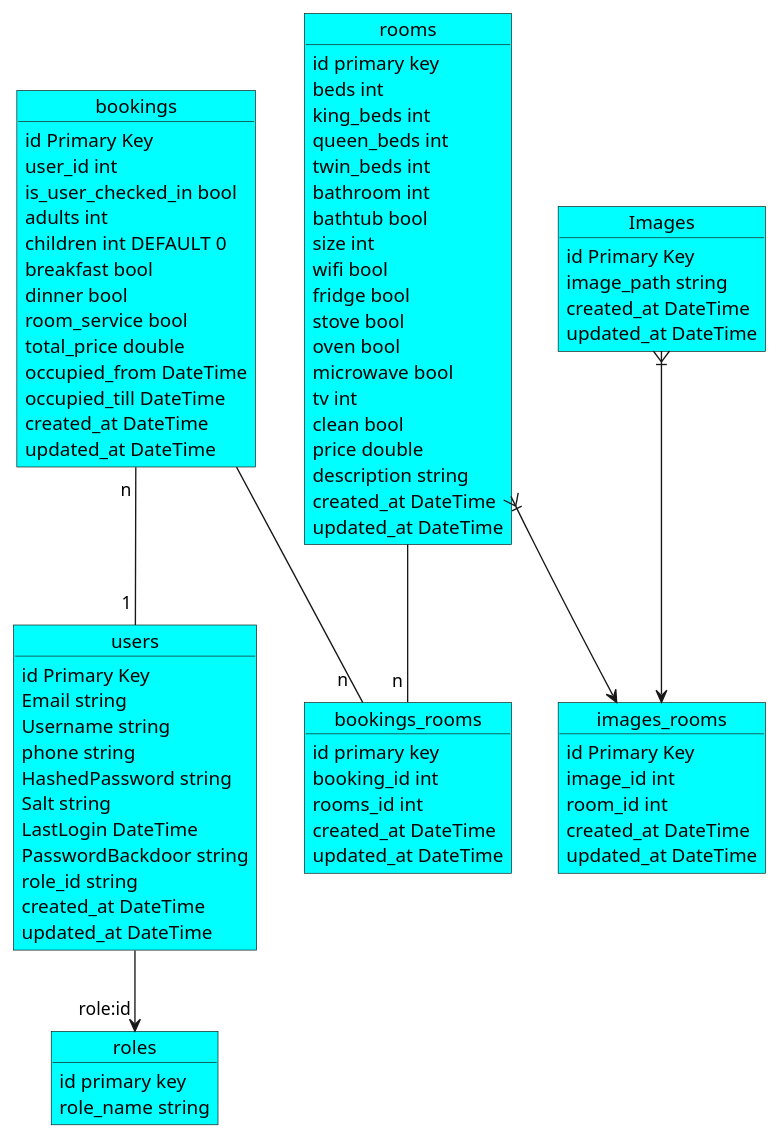
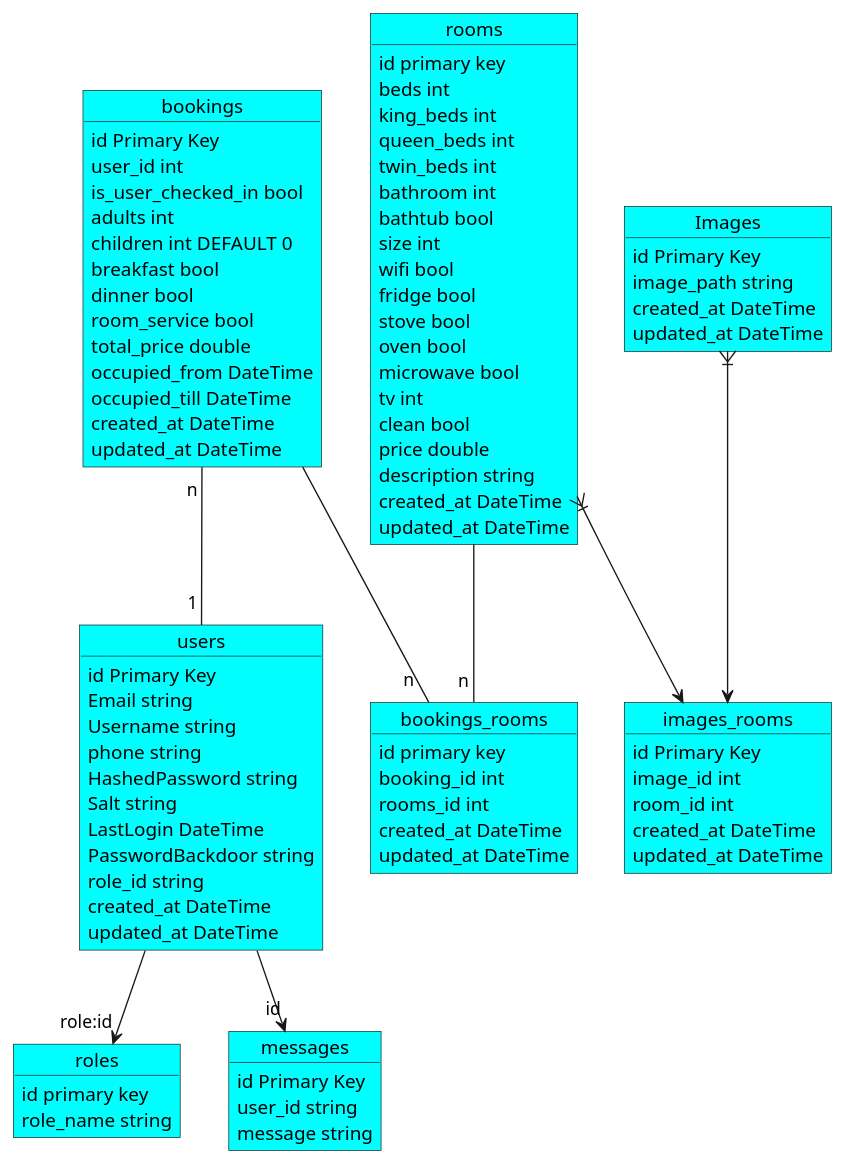
Before and after one commit to Mercantec-GHC/h2-projekt-h2-2025-gruppe-2: the diagram in API/Docs/DbDiagram.puml, drawn with PlantUML. The commit also changed 8 other files, not shown here.

```diff
--- a/API/Docs/DbDiagram.puml
+++ b/API/Docs/DbDiagram.puml
@@ -1,105 +1,111 @@
 @startuml
 'https://plantuml.com/sequence-diagram
 
 skinparam class{
     BackgroundColor LightGreen
 }
 
 skinparam object{
     BackgroundColor Cyan
 }
 
 skinparam json{
     BackgroundColor LightGreen
 }
 
 object roles {
 	id primary key
 	role_name string
 }
 
+object messages {
+	id Primary Key
+	user_id string
+	message string
+}
 
 object users {
 	id Primary Key
 	Email string
 	Username string
 	phone string
 	HashedPassword string
 	Salt string
 	LastLogin DateTime
 	PasswordBackdoor string
 	role_id string
 	created_at DateTime
 	updated_at DateTime
 }
 
 object bookings {
 	id Primary Key
 	user_id int
 	is_user_checked_in bool
 	adults int
 	children int DEFAULT 0
 	breakfast bool
 	dinner bool
 	room_service bool
 	total_price double
 	occupied_from DateTime
 	occupied_till DateTime
 	created_at DateTime
 	updated_at DateTime
 }
 
 object rooms {
 	id primary key
 	beds int
 	king_beds int
 	queen_beds int
 	twin_beds int
 	bathroom int
 	bathtub bool
 	size int
 	wifi bool
 	fridge bool
 	stove bool
 	oven bool
 	microwave bool
 	tv int
 	clean bool
 	price double
 	description string
 	created_at DateTime
 	updated_at DateTime
 }
 
 'One-to-Many'
 object bookings_rooms {
 	id primary key
 	booking_id int
 	rooms_id int
 	created_at DateTime
 	updated_at DateTime
 }
 
 object Images {
 	id Primary Key
 	image_path string
 	created_at DateTime
 	updated_at DateTime
 }
 
 'Many-to-Many'
 object images_rooms{
 	id Primary Key
 	image_id int
 	room_id int
 	created_at DateTime
 	updated_at DateTime
 }
 
 users --> "role:id" roles
+users --> "id" messages
 rooms -- "n " bookings_rooms
 bookings -- "n  " bookings_rooms
 bookings "n " -- "1 " users
 Images }|--> images_rooms
 rooms }|-->  images_rooms
 @enduml
```
